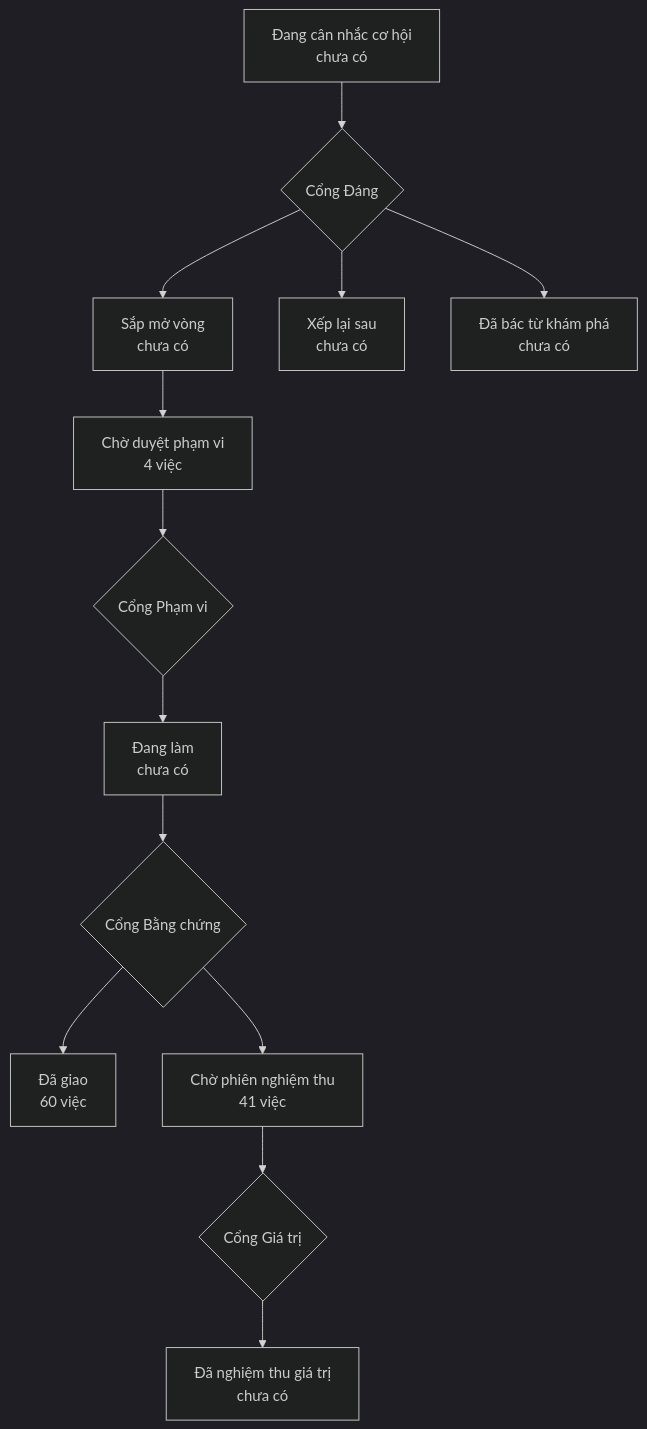
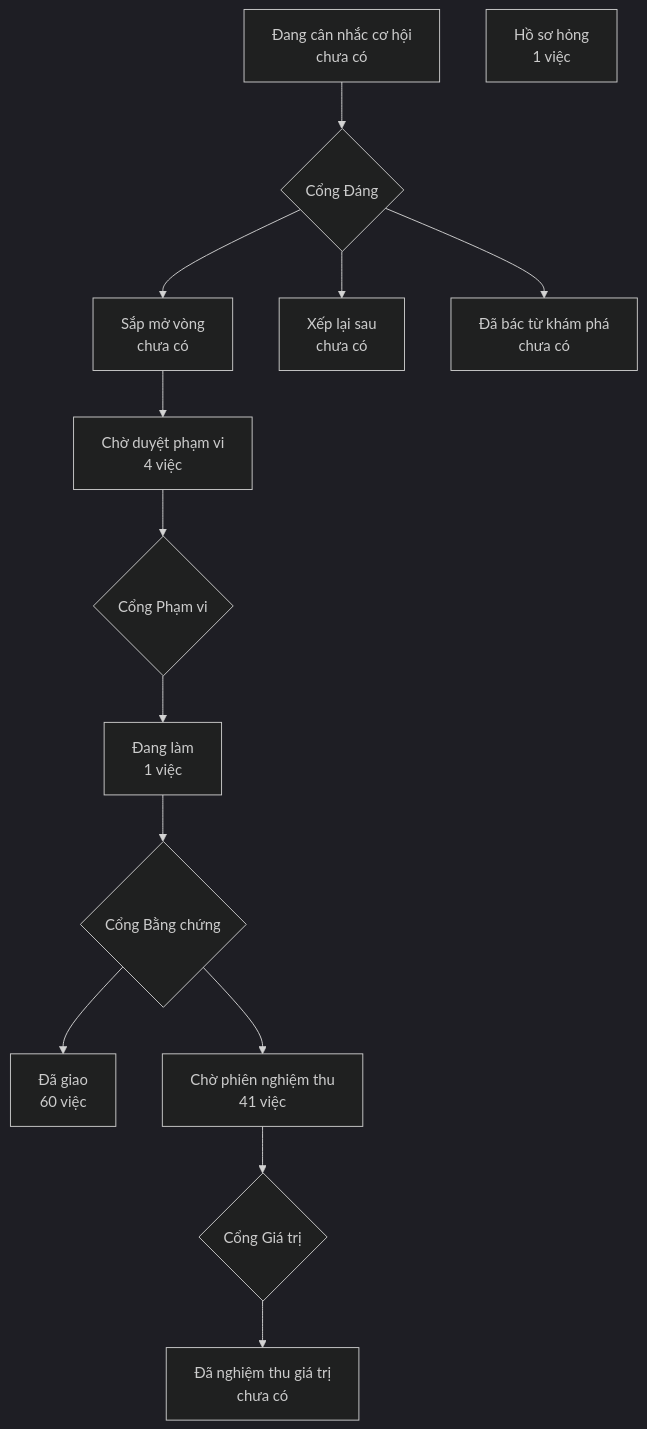
The diagram in PRODUCT-MAP.md (phanlemanh/onehub-invest), drawn with Mermaid (dark theme) before and after one commit. The commit also changed other lines of this file and 7 other files, not shown here.

````diff
--- a/PRODUCT-MAP.md
+++ b/PRODUCT-MAP.md
@@ -7,12 +7,13 @@
 ```mermaid
 flowchart TD
   A["Đang cân nhắc cơ hội<br/>chưa có"] --> GD{"Cổng Đáng"}
   GD --> B["Sắp mở vòng<br/>chưa có"]
   GD --> XL["Xếp lại sau<br/>chưa có"]
   GD --> DB["Đã bác từ khám phá<br/>chưa có"]
   B --> CD["Chờ duyệt phạm vi<br/>4 việc"] --> GP{"Cổng Phạm vi"}
-  GP --> DL["Đang làm<br/>chưa có"] --> GB{"Cổng Bằng chứng"}
+  GP --> DL["Đang làm<br/>1 việc"] --> GB{"Cổng Bằng chứng"}
   GB --> DG["Đã giao<br/>60 việc"]
   GB --> CN["Chờ phiên nghiệm thu<br/>41 việc"] --> GG{"Cổng Giá trị"}
   GG --> NT["Đã nghiệm thu giá trị<br/>chưa có"]
+  HS["Hồ sơ hỏng<br/>1 việc"]
 ```
````
